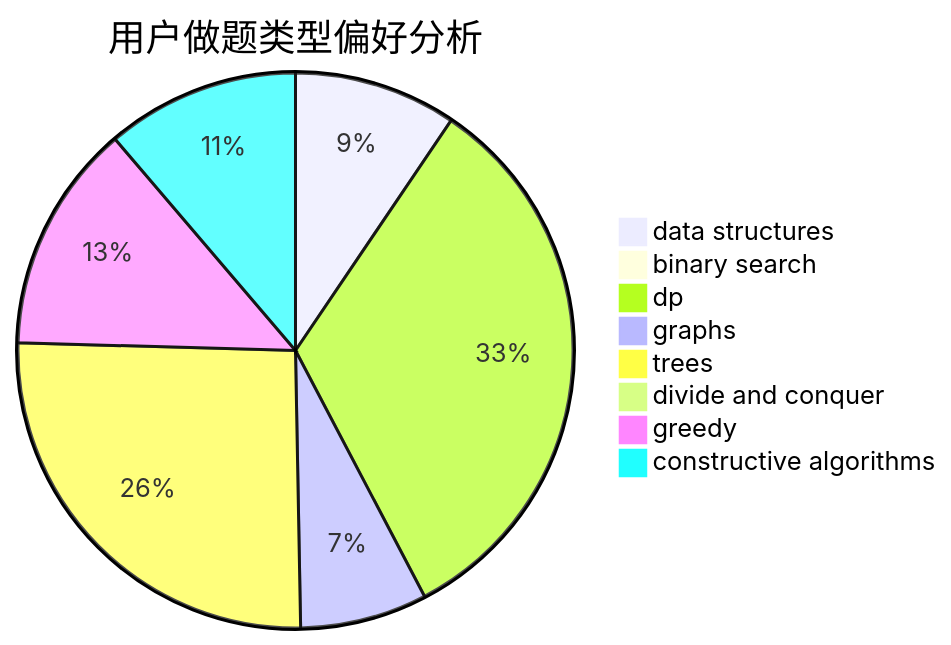
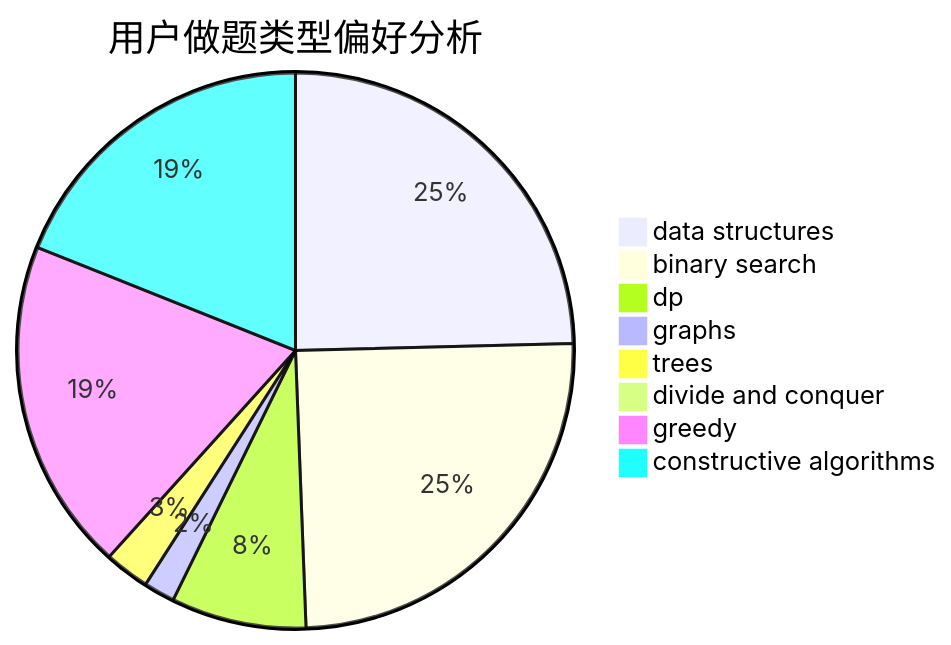
The second of 3 diagrams in docs/user/u1771.md (sherpahu/cfrs.github.io), drawn with Mermaid before and after one commit. The commit also changed other lines of this file and 2770 other files, not shown here.

````diff
--- a/docs/user/u1771.md
+++ b/docs/user/u1771.md
@@ -23,11 +23,11 @@
 ```mermaid
 pie title 用户做题类型偏好分析
-    "data structures" :  32
-    "binary search" :  0
-    "dp" :  111
-    "graphs" :  25
-    "trees" :  87
+    "data structures" :  122
+    "binary search" :  123
+    "dp" :  39
+    "graphs" :  9
+    "trees" :  13
     "divide and conquer" :  0
-    "greedy" :  45
-    "constructive algorithms" :  38
+    "greedy" :  96
+    "constructive algorithms" :  94
 ```
````
